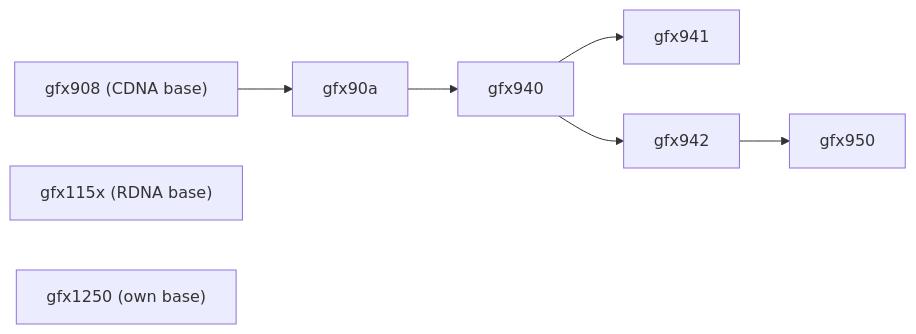
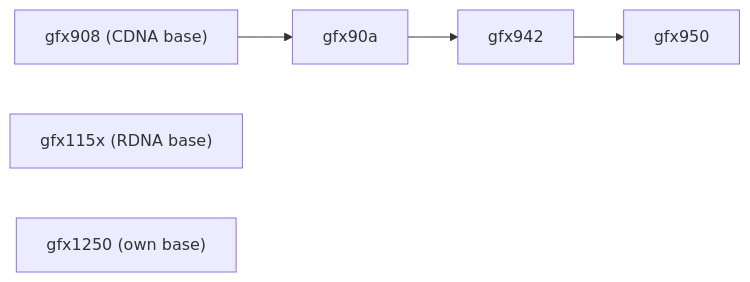
One commit to ROCm/rocm-systems changed the third of 5 diagrams in projects/rocprofiler-compute/docs/design/analysis-config-redesign/hld-analysis-config-redesign.md. Above: the diagram before and after it, drawn with Mermaid. The commit also changed other lines of this file and 5 other files, not shown here.

````diff
--- a/projects/rocprofiler-compute/docs/design/analysis-config-redesign/hld-analysis-config-redesign.md
+++ b/projects/rocprofiler-compute/docs/design/analysis-config-redesign/hld-analysis-config-redesign.md
@@ -285,12 +285,10 @@
 ```mermaid
 flowchart LR
     gfx908["gfx908 (CDNA base)"]
     gfx115x["gfx115x (RDNA base)"]
     gfx1250["gfx1250 (own base)"]
 
     gfx908 --> gfx90a
-    gfx90a --> gfx940
-    gfx940 --> gfx941
-    gfx940 --> gfx942
+    gfx90a --> gfx942
     gfx942 --> gfx950
 ```
````
